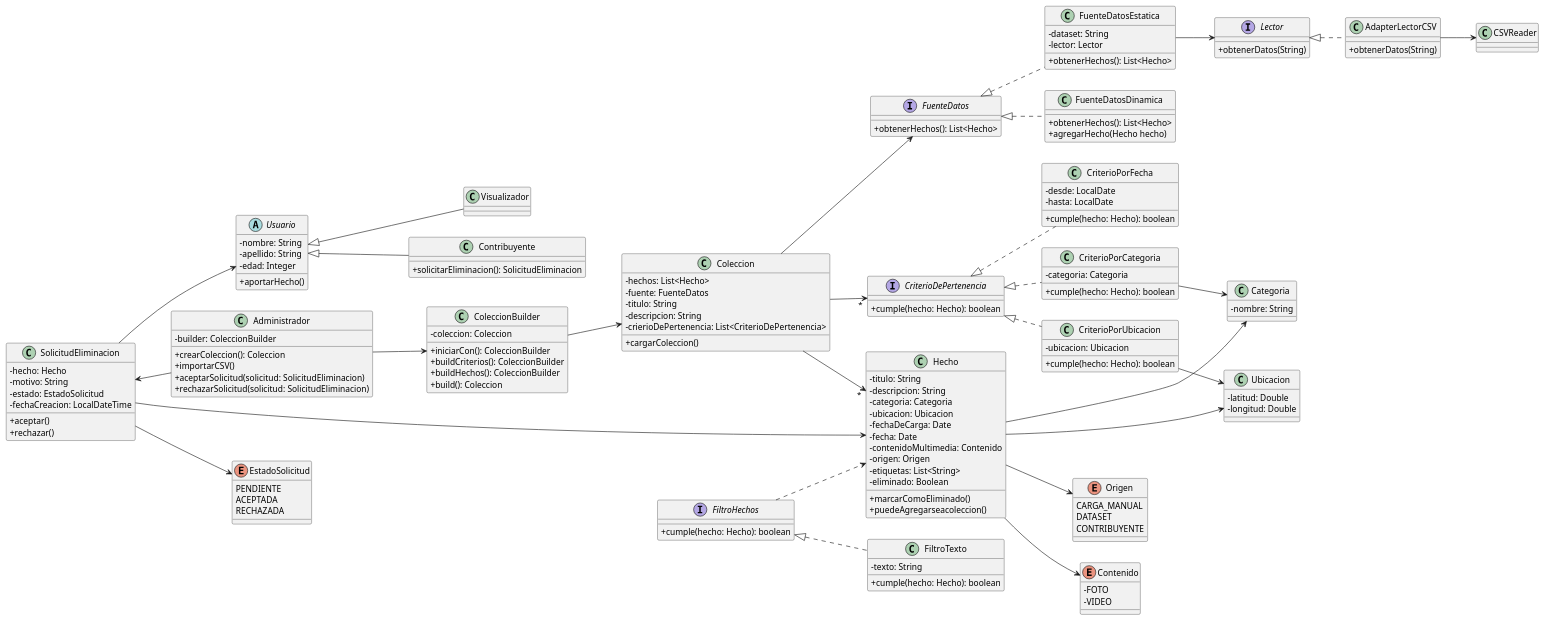
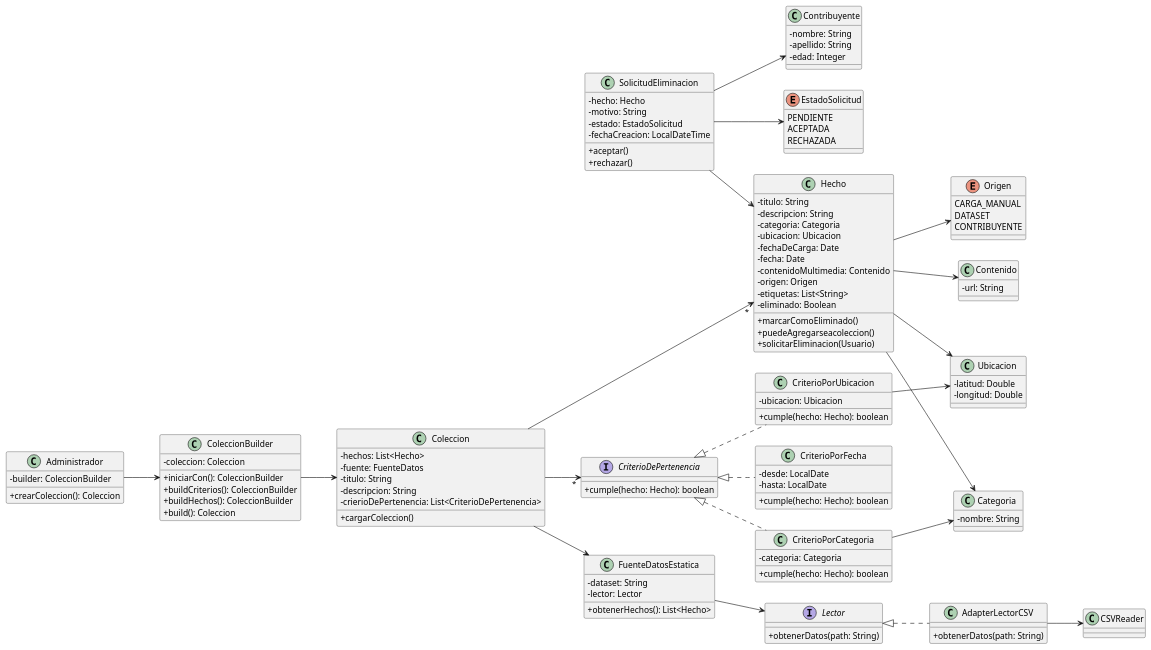
One commit to nicofernandez17/backend-arquitectura-limpia changed the diagram in Diagrams/DC_V3.puml. Above: the diagram before and after it, drawn with PlantUML. The commit also changed 7 other files, not shown here.

```diff
--- a/Diagrams/DC_V3.puml
+++ b/Diagrams/DC_V3.puml
@@ -1,193 +1,147 @@
 @startuml
 left to right direction
 skinparam classAttributeIconSize 0
 
 '---------------------- Usuarios ----------------------
-abstract class Usuario {
-    -nombre: String
-    -apellido: String
-    -edad: Integer
-    +aportarHecho()
-}
-
-class Visualizador extends Usuario {
-
-}
-
-class Contribuyente extends Usuario {
-    +solicitarEliminacion(): SolicitudEliminacion
+class Contribuyente {
+    - nombre: String
+    - apellido: String
+    - edad: Integer
 }
 
 class Administrador {
-
-    -builder: ColeccionBuilder
-    +crearColeccion(): Coleccion
-    +importarCSV()
-    +aceptarSolicitud(solicitud: SolicitudEliminacion)
-    +rechazarSolicitud(solicitud: SolicitudEliminacion)
-
+    - builder: ColeccionBuilder
+    + crearColeccion(): Coleccion
 }
 
-
 Administrador --> ColeccionBuilder
-ColeccionBuilder --> Coleccion
-
-
-
-'---------------------- Solicitud Eliminación ----------------------
-class SolicitudEliminacion {
-    -hecho: Hecho
-    -motivo: String
-    -estado: EstadoSolicitud
-    -fechaCreacion: LocalDateTime
-
-    +aceptar()
-    +rechazar()
-}
-
-enum EstadoSolicitud {
-    PENDIENTE
-    ACEPTADA
-    RECHAZADA
-}
-
-SolicitudEliminacion --> Usuario
-SolicitudEliminacion --> Hecho
-SolicitudEliminacion --> EstadoSolicitud
-SolicitudEliminacion <-- Administrador
+SolicitudEliminacion --> Contribuyente
 
 '---------------------- Colecciones ----------------------
 class Coleccion {
-    -hechos: List<Hecho>
-    -fuente: FuenteDatos
-    -titulo: String
-    -descripcion: String
-    -crierioDePertenencia: List<CriterioDePertenencia>
-
-    +cargarColeccion()
-
+    - hechos: List<Hecho>
+    - fuente: FuenteDatos
+    - titulo: String
+    - descripcion: String
+    - crierioDePertenencia: List<CriterioDePertenencia>
+    + cargarColeccion()
 }
 
 class ColeccionBuilder {
-
-    -coleccion: Coleccion
-    +iniciarCon(): ColeccionBuilder
-    +buildCriterios(): ColeccionBuilder
-    +buildHechos(): ColeccionBuilder
-    +build(): Coleccion
-
+    - coleccion: Coleccion
+    + iniciarCon(): ColeccionBuilder
+    + buildCriterios(): ColeccionBuilder
+    + buildHechos(): ColeccionBuilder
+    + build(): Coleccion
 }
 
+ColeccionBuilder --> Coleccion
+Coleccion --> "*" Hecho
+Coleccion --> FuenteDatosEstatica
+Coleccion --> "*" CriterioDePertenencia
+
 interface CriterioDePertenencia {
-    +cumple(hecho: Hecho): boolean
+    + cumple(hecho: Hecho): boolean
 }
 
 class CriterioPorUbicacion implements CriterioDePertenencia {
-    -ubicacion: Ubicacion
-    +cumple(hecho: Hecho): boolean
+    - ubicacion: Ubicacion
+    + cumple(hecho: Hecho): boolean
 }
 
 class CriterioPorFecha implements CriterioDePertenencia {
-    -desde: LocalDate
-    -hasta: LocalDate
-    +cumple(hecho: Hecho): boolean
+    - desde: LocalDate
+    - hasta: LocalDate
+    + cumple(hecho: Hecho): boolean
 }
 
 class CriterioPorCategoria implements CriterioDePertenencia {
-    -categoria: Categoria
-    +cumple(hecho: Hecho): boolean
+    - categoria: Categoria
+    + cumple(hecho: Hecho): boolean
 }
 
-Coleccion --> "*" Hecho
-Coleccion --> FuenteDatos
-Coleccion --> "*" CriterioDePertenencia
+CriterioPorUbicacion --> Ubicacion
 CriterioPorCategoria --> Categoria
-CriterioPorUbicacion --> Ubicacion
 
 '---------------------- Hechos ----------------------
 class Hecho {
-    -titulo: String
-    -descripcion: String
-    -categoria: Categoria
-    -ubicacion: Ubicacion
-    -fechaDeCarga: Date
-    -fecha: Date
-    -contenidoMultimedia: Contenido
-    -origen: Origen
-    -etiquetas: List<String>
-    -eliminado: Boolean
-    +marcarComoEliminado()
-    +puedeAgregarseacoleccion()
+    - titulo: String
+    - descripcion: String
+    - categoria: Categoria
+    - ubicacion: Ubicacion
+    - fechaDeCarga: Date
+    - fecha: Date
+    - contenidoMultimedia: Contenido
+    - origen: Origen
+    - etiquetas: List<String>
+    - eliminado: Boolean
+    + marcarComoEliminado()
+    + puedeAgregarseacoleccion()
+    +solicitarEliminacion(Usuario)
 }
 
 class Categoria {
-    -nombre: String
+    - nombre: String
 }
 
 enum Origen {
     CARGA_MANUAL
     DATASET
     CONTRIBUYENTE
 }
 
 class Ubicacion {
-    -latitud: Double
-    -longitud: Double
+    - latitud: Double
+    - longitud: Double
 }
 
-enum Contenido {
-    -FOTO
-    -VIDEO
+class Contenido {
+    - url: String
 }
 
 Hecho --> Categoria
 Hecho --> Ubicacion
 Hecho --> Origen
 Hecho --> Contenido
 
-'---------------------- Filtros de Hechos ----------------------
-interface FiltroHechos {
-    +cumple(hecho: Hecho): boolean
+'---------------------- Solicitud Eliminación ----------------------
+class SolicitudEliminacion {
+    - hecho: Hecho
+    - motivo: String
+    - estado: EstadoSolicitud
+    - fechaCreacion: LocalDateTime
+    + aceptar()
+    + rechazar()
 }
 
-class FiltroTexto implements FiltroHechos {
-    -texto: String
-    +cumple(hecho: Hecho): boolean
+enum EstadoSolicitud {
+    PENDIENTE
+    ACEPTADA
+    RECHAZADA
 }
 
-FiltroHechos ..> Hecho
+SolicitudEliminacion --> Hecho
+SolicitudEliminacion --> EstadoSolicitud
 
-'---------------------- Fuentes de Datos ----------------------
-interface FuenteDatos {
-    +obtenerHechos(): List<Hecho>
+'---------------------- Fuentes de Datos y Lectores ----------------------
+class FuenteDatosEstatica {
+    - dataset: String
+    - lector: Lector
+    + obtenerHechos(): List<Hecho>
 }
 
-class FuenteDatosEstatica implements FuenteDatos {
-    -dataset: String
-    -lector: Lector
-    +obtenerHechos(): List<Hecho>
+interface Lector {
+    + obtenerDatos(path: String)
 }
 
-class FuenteDatosDinamica implements FuenteDatos {
-    +obtenerHechos(): List<Hecho>
-    + agregarHecho(Hecho hecho)
+class AdapterLectorCSV implements Lector {
+    + obtenerDatos(path: String)
+}
+
+class CSVReader {
 }
 
 FuenteDatosEstatica --> Lector
-
-'---------------------- Lectores ----------------------
-interface Lector {
-    +obtenerDatos(String)
-}
-
-class AdapterLectorCSV implements Lector {
-
-    +obtenerDatos(String)
-}
-
-class CSVReader {
-
-}
 AdapterLectorCSV --> CSVReader
 
 @enduml
```
